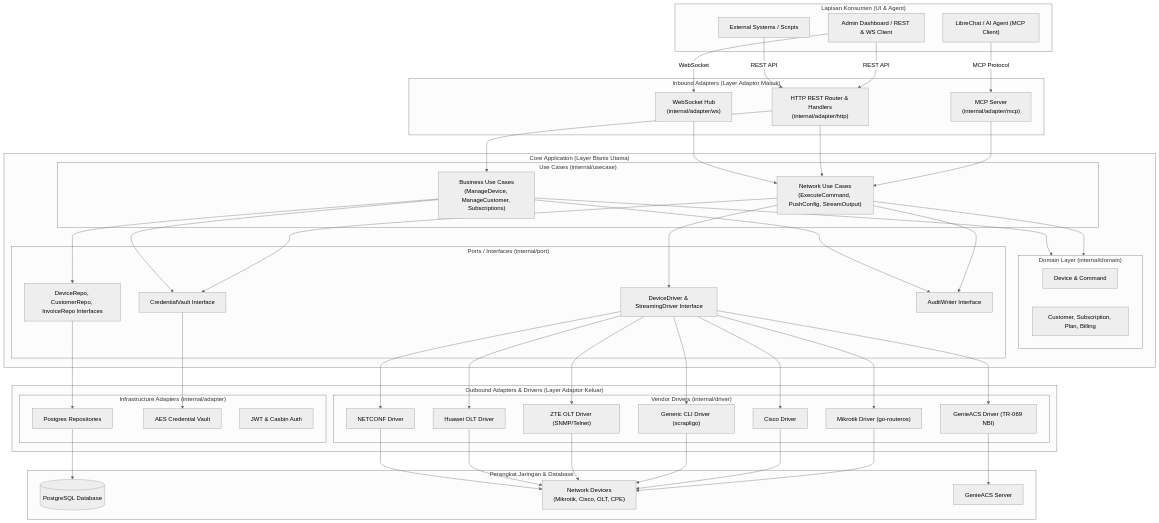
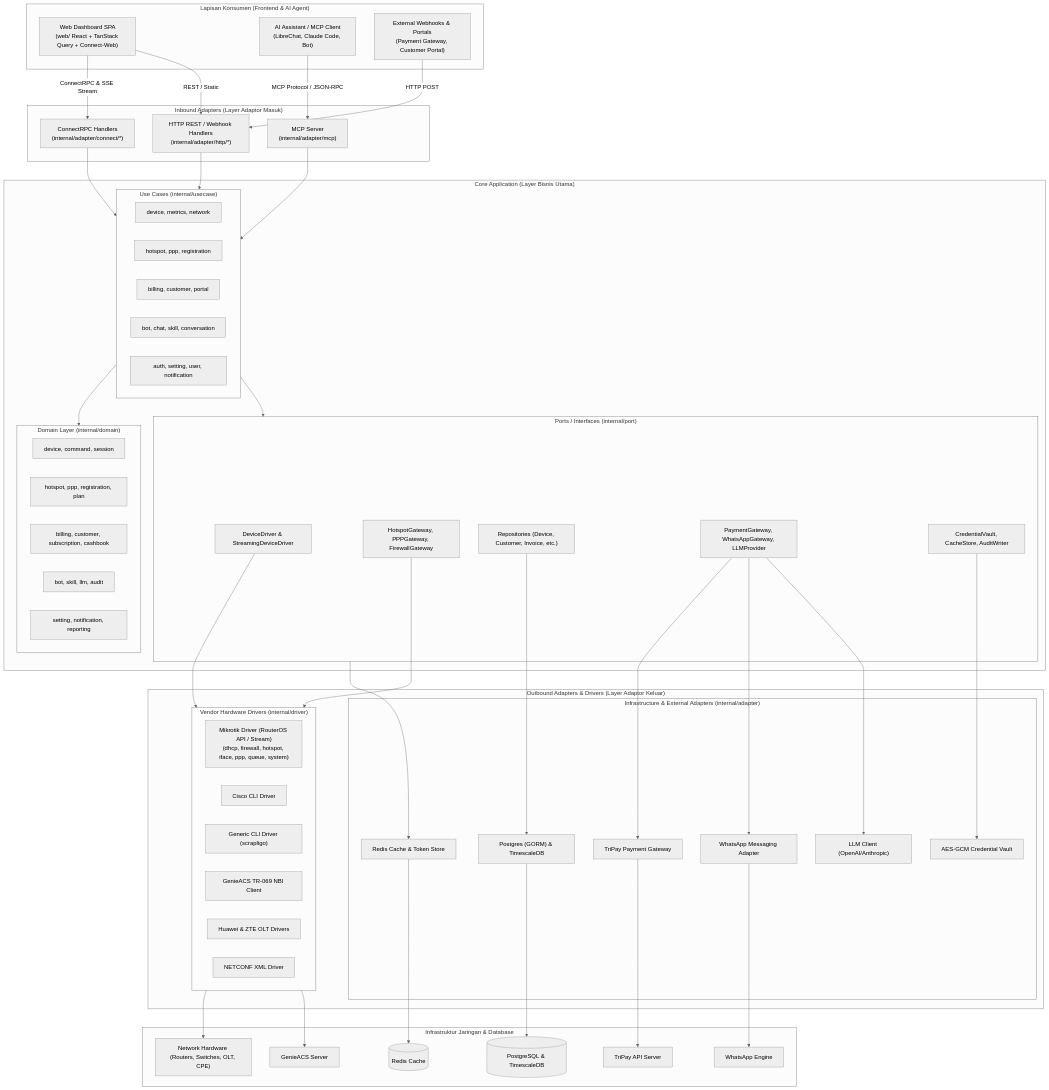
Before and after one commit to quiqxiq/polyglot: the first of 3 diagrams in SYSTEM-STRUCTURE-AND-ARCHITECTURE.md, drawn with Mermaid (neutral theme). The commit also changed other lines of this file, not shown here.

First line of the commit message:
docs: update SYSTEM-STRUCTURE-AND-ARCHITECTURE.md to reflect current Clean Architecture and ConnectRPC design

````diff
--- a/SYSTEM-STRUCTURE-AND-ARCHITECTURE.md
+++ b/SYSTEM-STRUCTURE-AND-ARCHITECTURE.md
@@ -35,80 +40,98 @@
 ```mermaid
 flowchart TB
-    subgraph Consumers["Lapisan Konsumen (UI & Agent)"]
-        LibreChat["LibreChat / AI Agent (MCP Client)"]
-        AdminUI["Admin Dashboard / REST & WS Client"]
-        ExternalApp["External Systems / Scripts"]
+    subgraph Consumers["Lapisan Konsumen (Frontend & AI Agent)"]
+        WebUI["Web Dashboard SPA\n(web/ React + TanStack Query + Connect-Web)"]
+        AIAgent["AI Assistant / MCP Client\n(LibreChat, Claude Code, Bot)"]
+        Webhooks["External Webhooks & Portals\n(Payment Gateway, Customer Portal)"]
     end
 
-    subgraph AdaptersIn["Inbound Adapters (Layer Adaptor Masuk)"]
+    subgraph InboundAdapters["Inbound Adapters (Layer Adaptor Masuk)"]
+        ConnectAdapter["ConnectRPC Handlers\n(internal/adapter/connect/*)"]
+        HTTPAdapter["HTTP REST / Webhook Handlers\n(internal/adapter/http/*)"]
         MCPAdapter["MCP Server\n(internal/adapter/mcp)"]
-        HTTPAdapter["HTTP REST Router & Handlers\n(internal/adapter/http)"]
-        WSAdapter["WebSocket Hub\n(internal/adapter/ws)"]
     end
 
     subgraph CoreLayer["Core Application (Layer Bisnis Utama)"]
         subgraph UseCases["Use Cases (internal/usecase)"]
-            NetUC["Network Use Cases\n(ExecuteCommand, PushConfig, StreamOutput)"]
-            BizUC["Business Use Cases\n(ManageDevice, ManageCustomer, Subscriptions)"]
+            DeviceUC["device, metrics, network"]
+            HotspotUC["hotspot, ppp, registration"]
+            BillingUC["billing, customer, portal"]
+            BotUC["bot, chat, skill, conversation"]
+            SettingUC["auth, setting, user, notification"]
         end
 
         subgraph Domain["Domain Layer (internal/domain)"]
-            DeviceDom["Device & Command"]
-            BizDom["Customer, Subscription, Plan, Billing"]
+            DomDevice["device, command, session"]
+            DomISP["hotspot, ppp, registration, plan"]
+            DomBilling["billing, customer, subscription, cashbook"]
+            DomBot["bot, skill, llm, audit"]
+            DomSetting["setting, notification, reporting"]
         end
 
         subgraph Ports["Ports / Interfaces (internal/port)"]
-            DevDriverPort["DeviceDriver & StreamingDriver Interface"]
-            RepoPort["DeviceRepo, CustomerRepo, InvoiceRepo Interfaces"]
-            VaultPort["CredentialVault Interface"]
-            AuditPort["AuditWriter Interface"]
+            DriverPort["DeviceDriver & StreamingDeviceDriver"]
+            GatewayPort["HotspotGateway, PPPGateway, FirewallGateway"]
+            RepoPort["Repositories (Device, Customer, Invoice, etc.)"]
+            ServicePort["PaymentGateway, WhatsAppGateway, LLMProvider"]
+            VaultPort["CredentialVault, CacheStore, AuditWriter"]
         end
     end
 
-    subgraph AdaptersOut["Outbound Adapters & Drivers (Layer Adaptor Keluar)"]
-        subgraph Drivers["Vendor Drivers (internal/driver)"]
-            MikrotikDrv["Mikrotik Driver (go-routeros)"]
-            CiscoDrv["Cisco Driver"]
+    subgraph OutboundAdapters["Outbound Adapters & Drivers (Layer Adaptor Keluar)"]
+        subgraph Drivers["Vendor Hardware Drivers (internal/driver)"]
+            MikrotikDrv["Mikrotik Driver (RouterOS API / Stream)\n(dhcp, firewall, hotspot, iface, ppp, queue, system)"]
+            CiscoDrv["Cisco CLI Driver"]
             GenericCLIDrv["Generic CLI Driver (scrapligo)"]
-            ZTEDrv["ZTE OLT Driver (SNMP/Telnet)"]
-            HuaweiDrv["Huawei OLT Driver"]
-            GenieACSDrv["GenieACS Driver (TR-069 NBI)"]
-            NetconfDrv["NETCONF Driver"]
+            GenieACSDrv["GenieACS TR-069 NBI Client"]
+            OLTDrv["Huawei & ZTE OLT Drivers"]
+            NetconfDrv["NETCONF XML Driver"]
         end
 
-        subgraph InfraAdapters["Infrastructure Adapters (internal/adapter)"]
-            PGAdapter["Postgres Repositories"]
-            VaultAdapter["AES Credential Vault"]
-            AuthAdapter["JWT & Casbin Auth"]
+        subgraph InfraAdapters["Infrastructure & External Adapters (internal/adapter)"]
+            PGAdapter["Postgres (GORM) & TimescaleDB"]
+            RedisAdapter["Redis Cache & Token Store"]
+            VaultAdapter["AES-GCM Credential Vault"]
+            TripayAdapter["TriPay Payment Gateway"]
+            WAAdapter["WhatsApp Messaging Adapter"]
+            LLMAdapter["LLM Client (OpenAI/Anthropic)"]
         end
     end
 
-    subgraph HardwareAndInfra["Perangkat Jaringan & Database"]
-        DB[(PostgreSQL Database)]
-        NetworkDevices["Network Devices\n(Mikrotik, Cisco, OLT, CPE)"]
+    subgraph Infrastructure["Infrastruktur Jaringan & Database"]
+        DB[(PostgreSQL & TimescaleDB)]
+        Redis[(Redis Cache)]
+        NetworkDevices["Network Hardware (Routers, Switches, OLT, CPE)"]
         GenieServer["GenieACS Server"]
+        TripayAPI["TriPay API Server"]
+        WAEngine["WhatsApp Engine"]
     end
 
-    %% Connections
-    LibreChat -->|MCP Protocol| MCPAdapter
-    AdminUI -->|REST API| HTTPAdapter
-    AdminUI -->|WebSocket| WSAdapter
-    ExternalApp -->|REST API| HTTPAdapter
+    %% Inbound Connections
+    WebUI -->|ConnectRPC & SSE Stream| ConnectAdapter
+    WebUI -->|REST / Static| HTTPAdapter
+    AIAgent -->|MCP Protocol / JSON-RPC| MCPAdapter
+    Webhooks -->|HTTP POST| HTTPAdapter
 
-    MCPAdapter --> NetUC
-    HTTPAdapter --> NetUC & BizUC
-    WSAdapter --> NetUC
+    %% Adapter to UseCase
+    ConnectAdapter --> UseCases
+    HTTPAdapter --> UseCases
+    MCPAdapter --> UseCases
 
-    NetUC & BizUC --> Domain
-    NetUC --> DevDriverPort
-    BizUC --> RepoPort
-    NetUC & BizUC --> VaultPort & AuditPort
+    %% UseCase to Domain & Ports
+    UseCases --> Domain
+    UseCases --> Ports
 
-    DevDriverPort --> MikrotikDrv & CiscoDrv & GenericCLIDrv & ZTEDrv & HuaweiDrv & GenieACSDrv & NetconfDrv
+    %% Ports Implementation
+    DriverPort & GatewayPort --> Drivers
     RepoPort --> PGAdapter
     VaultPort --> VaultAdapter
+    ServicePort --> TripayAdapter & WAAdapter & LLMAdapter
+    Ports --> RedisAdapter
 
+    %% Outbound to Infrastructure
     PGAdapter --> DB
-    MikrotikDrv & CiscoDrv & GenericCLIDrv & ZTEDrv & HuaweiDrv & NetconfDrv --> NetworkDevices
-    GenieACSDrv --> GenieServer
+    RedisAdapter --> Redis
+    Drivers --> NetworkDevices & GenieServer
+    TripayAdapter --> TripayAPI
+    WAAdapter --> WAEngine
 ```
````
